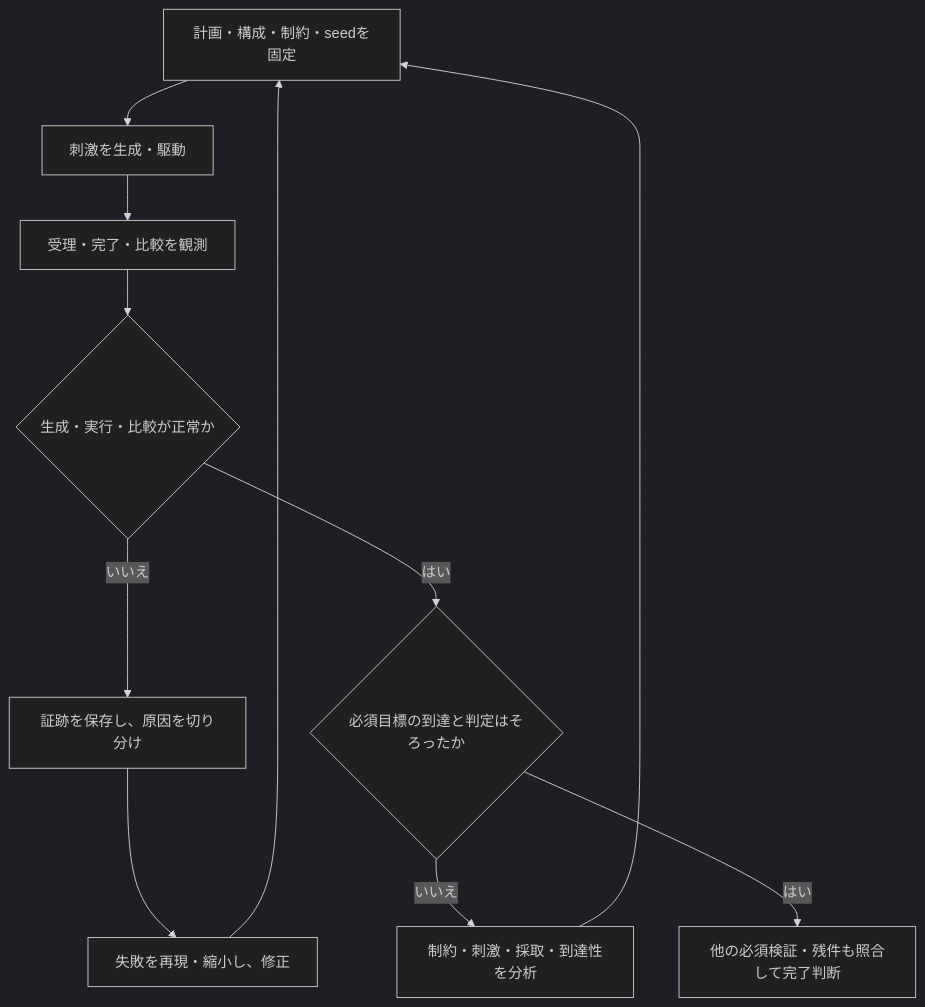
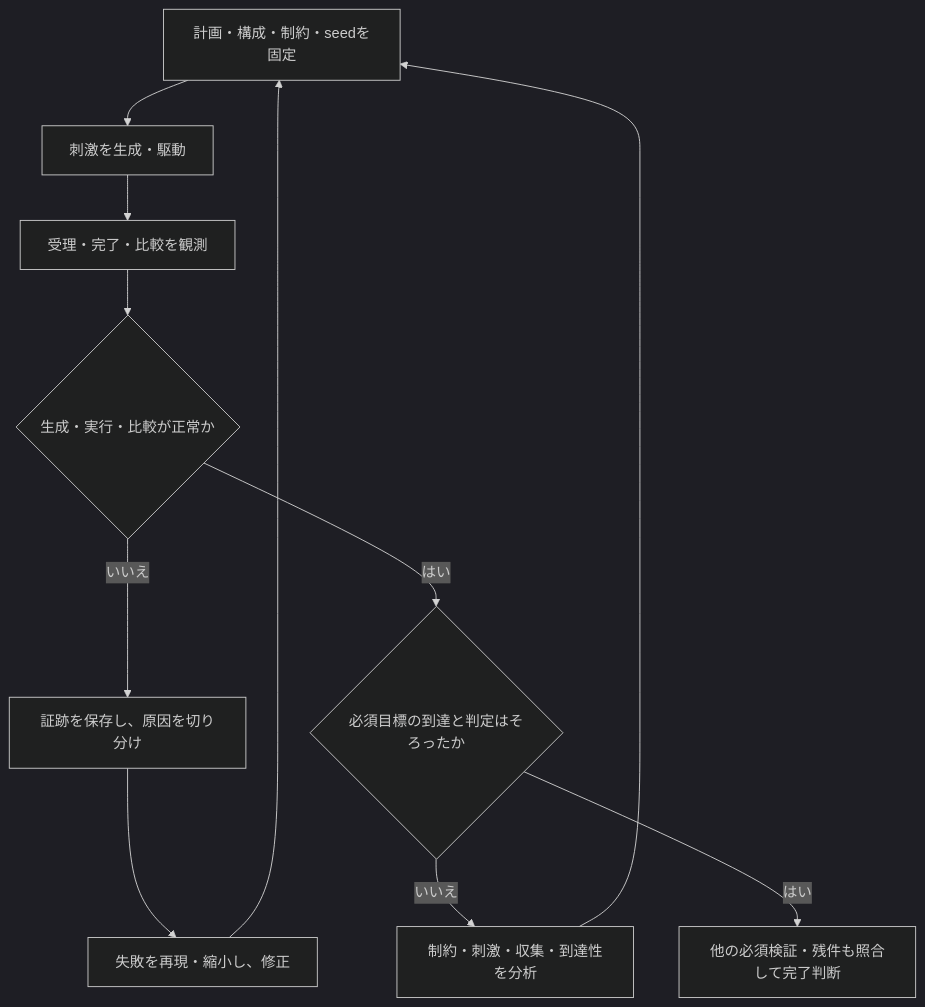
One commit to kurochan001/lsi-verification-method changed the diagram in docs/method/constrained-random-verification.md. Above: the diagram before and after it, drawn with Mermaid (dark theme). The commit also changed other lines of this file and 26 other files, not shown here.

````diff
--- a/docs/method/constrained-random-verification.md
+++ b/docs/method/constrained-random-verification.md
@@ -91,15 +91,15 @@
 ```mermaid
 flowchart TD
   accTitle: ランダム回帰の実行と改善のループ
   accDescr: 計画を固定して刺激を生成し、実際の受理と結果を観測する。失敗は再現と縮小へ、未達は刺激やモデルの分析へ戻す。
   P["計画・構成・制約・seedを固定"] --> G["刺激を生成・駆動"]
   G --> O["受理・完了・比較を観測"]
   O --> J{"生成・実行・比較が正常か"}
   J -- "いいえ" --> F["証跡を保存し、原因を切り分け"]
   F --> R["失敗を再現・縮小し、修正"]
   R --> P
   J -- "はい" --> C{"必須目標の到達と判定はそろったか"}
-  C -- "いいえ" --> H["制約・刺激・採取・到達性を分析"]
+  C -- "いいえ" --> H["制約・刺激・収集・到達性を分析"]
   H --> P
   C -- "はい" --> E["他の必須検証・残件も照合して完了判断"]
 ```
````
